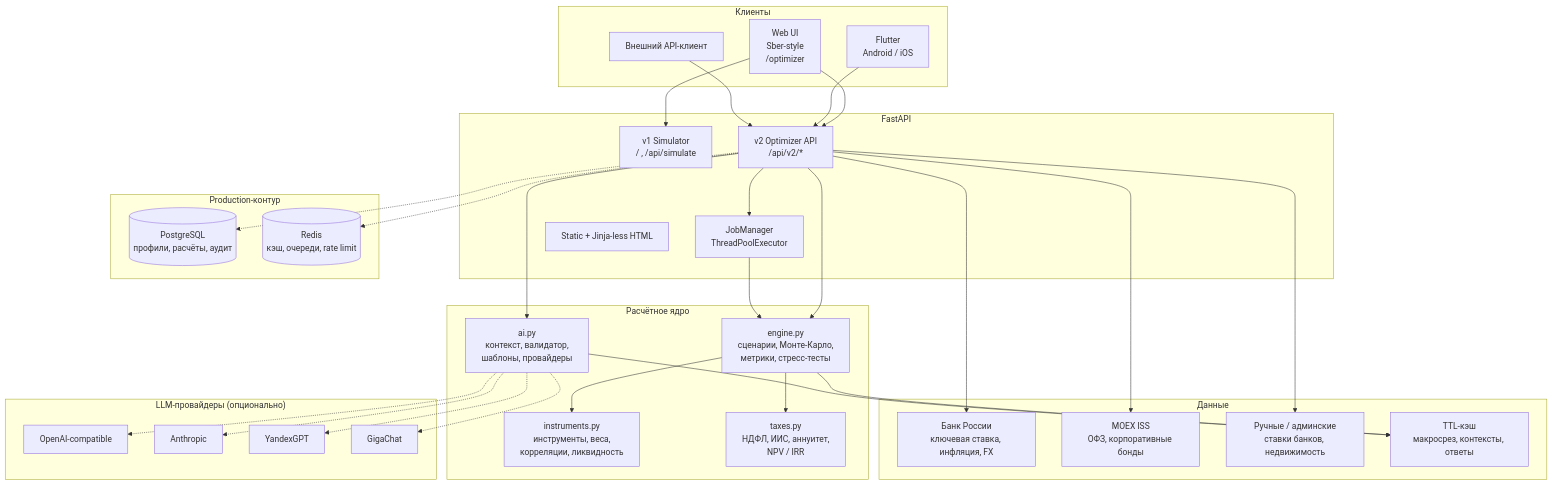
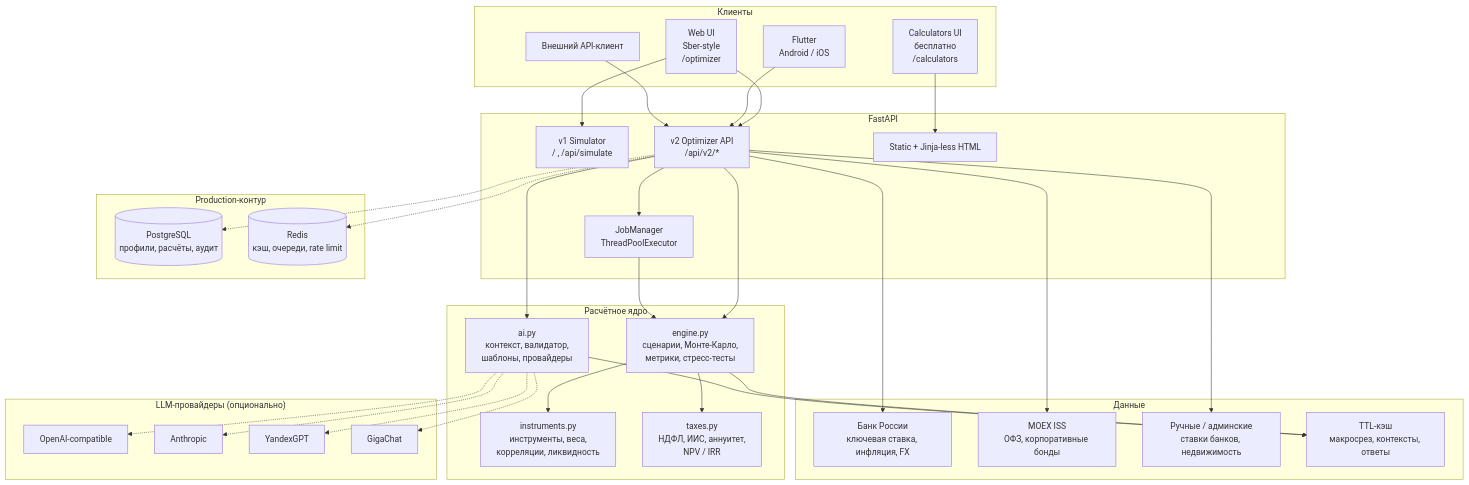
Before and after one commit to user569name/finhell: the first of 2 diagrams in docs/CAPITAL_OPTIMIZER.md, drawn with Mermaid. The commit also changed other lines of this file and 8 other files, not shown here.

````diff
--- a/docs/CAPITAL_OPTIMIZER.md
+++ b/docs/CAPITAL_OPTIMIZER.md
@@ -49,63 +52,65 @@
 ```mermaid
 flowchart TB
     subgraph Clients["Клиенты"]
         WEB["Web UI<br/>Sber-style<br/>/optimizer"]
+        CALC["Calculators UI<br/>бесплатно<br/>/calculators"]
         MOB["Flutter<br/>Android / iOS"]
         API_CLIENT["Внешний API-клиент"]
     end
 
     subgraph Edge["FastAPI"]
         V1["v1 Simulator<br/>/ , /api/simulate"]
         V2["v2 Optimizer API<br/>/api/v2/*"]
         JOBS["JobManager<br/>ThreadPoolExecutor"]
         STATIC["Static + Jinja-less HTML"]
     end
 
     subgraph Core["Расчётное ядро"]
         ENGINE["engine.py<br/>сценарии, Монте-Карло,<br/>метрики, стресс-тесты"]
         INSTR["instruments.py<br/>инструменты, веса,<br/>корреляции, ликвидность"]
         TAXES["taxes.py<br/>НДФЛ, ИИС, аннуитет,<br/>NPV / IRR"]
         AI["ai.py<br/>контекст, валидатор,<br/>шаблоны, провайдеры"]
     end
 
     subgraph Data["Данные"]
         CBR["Банк России<br/>ключевая ставка, инфляция, FX"]
         MOEX["MOEX ISS<br/>ОФЗ, корпоративные бонды"]
         MANUAL["Ручные / админские<br/>ставки банков, недвижимость"]
         CACHE["TTL-кэш<br/>макросрез, контексты, ответы"]
     end
 
     subgraph LLM["LLM-провайдеры (опционально)"]
         OPENAI["OpenAI-compatible"]
         ANTH["Anthropic"]
         YANDEX["YandexGPT"]
         GIGA["GigaChat"]
     end
 
     subgraph Prod["Production-контур"]
         PG[("PostgreSQL<br/>профили, расчёты, аудит")]
         REDIS[("Redis<br/>кэш, очереди, rate limit")]
     end
 
     WEB --> V2
+    CALC --> STATIC
     MOB --> V2
     API_CLIENT --> V2
     WEB --> V1
     V2 --> ENGINE
     V2 --> JOBS
     V2 --> AI
     JOBS --> ENGINE
     ENGINE --> INSTR
     ENGINE --> TAXES
     ENGINE --> CACHE
     AI --> CACHE
     V2 --> CBR
     V2 --> MOEX
     V2 --> MANUAL
     AI -.-> OPENAI
     AI -.-> ANTH
     AI -.-> YANDEX
     AI -.-> GIGA
     V2 -.-> PG
     V2 -.-> REDIS
 ```
````
